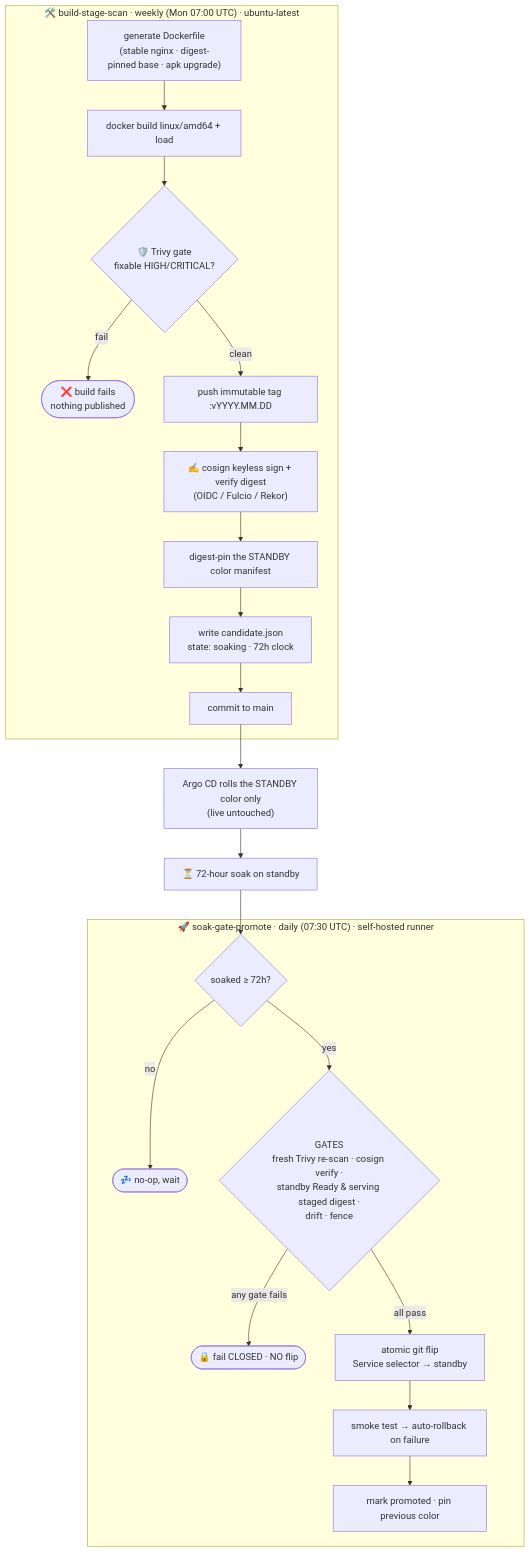
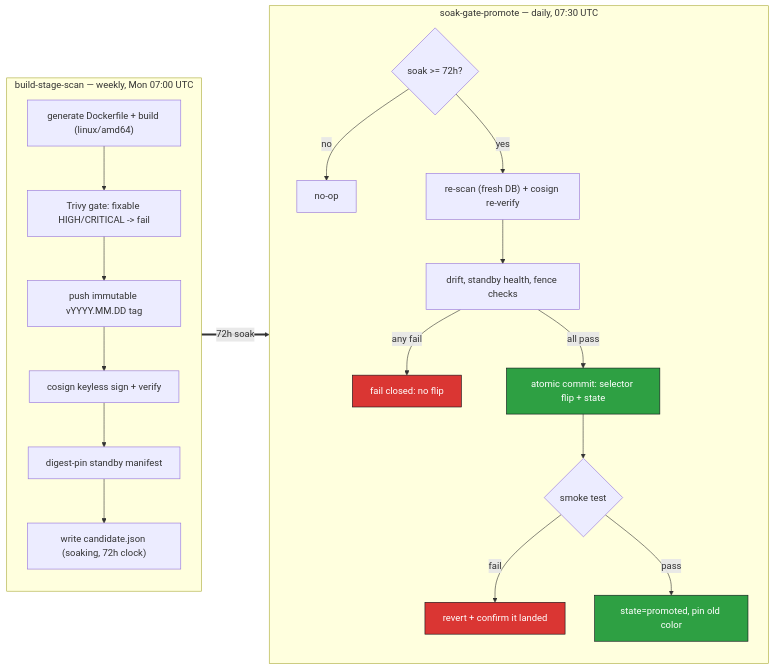
The second of 2 diagrams in README.md (gregheffner/cicd), drawn with Mermaid before and after one commit. The commit also changed other lines of this file, not shown here.

````diff
--- a/README.md
+++ b/README.md
@@ -86,25 +102,27 @@
 ```mermaid
-flowchart TD
-    subgraph WEEKLY["🛠️ build-stage-scan · weekly (Mon 07:00 UTC) · ubuntu-latest"]
-        A["generate Dockerfile<br/>(stable nginx · digest-pinned base · apk upgrade)"] --> B["docker build linux/amd64 + load"]
-        B --> C{"🛡️ Trivy gate<br/>fixable HIGH/CRITICAL?"}
-        C -- fail --> CX(["❌ build fails<br/>nothing published"])
-        C -- clean --> D["push immutable tag :vYYYY.MM.DD"]
-        D --> E["✍️ cosign keyless sign + verify digest<br/>(OIDC / Fulcio / Rekor)"]
-        E --> F["digest-pin the STANDBY color manifest"]
-        F --> G["write candidate.json<br/>state: soaking · 72h clock"]
-        G --> H["commit to main"]
+flowchart LR
+    subgraph P1["build-stage-scan — weekly, Mon 07:00 UTC"]
+        direction TB
+        a1["generate Dockerfile + build (linux/amd64)"] --> a2["Trivy gate: fixable HIGH/CRITICAL -> fail"]
+        a2 --> a3["push immutable vYYYY.MM.DD tag"]
+        a3 --> a4["cosign keyless sign + verify"]
+        a4 --> a5["digest-pin standby manifest"]
+        a5 --> a6["write candidate.json (soaking, 72h clock)"]
     end
-    H --> I["Argo CD rolls the STANDBY color only<br/>(live untouched)"]
-    I --> SOAK["⏳ 72-hour soak on standby"]
-    SOAK --> J
-    subgraph DAILY["🚀 soak-gate-promote · daily (07:30 UTC) · self-hosted runner"]
-        J{"soaked ≥ 72h?"}
-        J -- no --> JX(["💤 no-op, wait"])
-        J -- yes --> K{"GATES<br/>fresh Trivy re-scan · cosign verify ·<br/>standby Ready & serving staged digest ·<br/>drift · fence"}
-        K -- any gate fails --> KX(["🔒 fail CLOSED · NO flip"])
-        K -- all pass --> L["atomic git flip<br/>Service selector → standby"]
-        L --> M["smoke test → auto-rollback on failure"]
-        M --> N["mark promoted · pin previous color"]
+    a6 ==>|72h soak| s
+    subgraph P2["soak-gate-promote — daily, 07:30 UTC"]
+        direction TB
+        s{"soak >= 72h?"} -->|no| noop["no-op"]
+        s -->|yes| g1["re-scan (fresh DB) + cosign re-verify"]
+        g1 --> g2["drift, standby health, fence checks"]
+        g2 -->|any fail| nf["fail closed: no flip"]
+        g2 -->|all pass| flip["atomic commit: selector flip + state"]
+        flip --> smoke{"smoke test"}
+        smoke -->|fail| rb["revert + confirm it landed"]
+        smoke -->|pass| done["state=promoted, pin old color"]
     end
+    classDef ok fill:#2ea043,stroke:#0d1117,color:#fff;
+    classDef bad fill:#da3633,stroke:#0d1117,color:#fff;
+    class done,flip ok
+    class nf,rb bad
 ```
````
